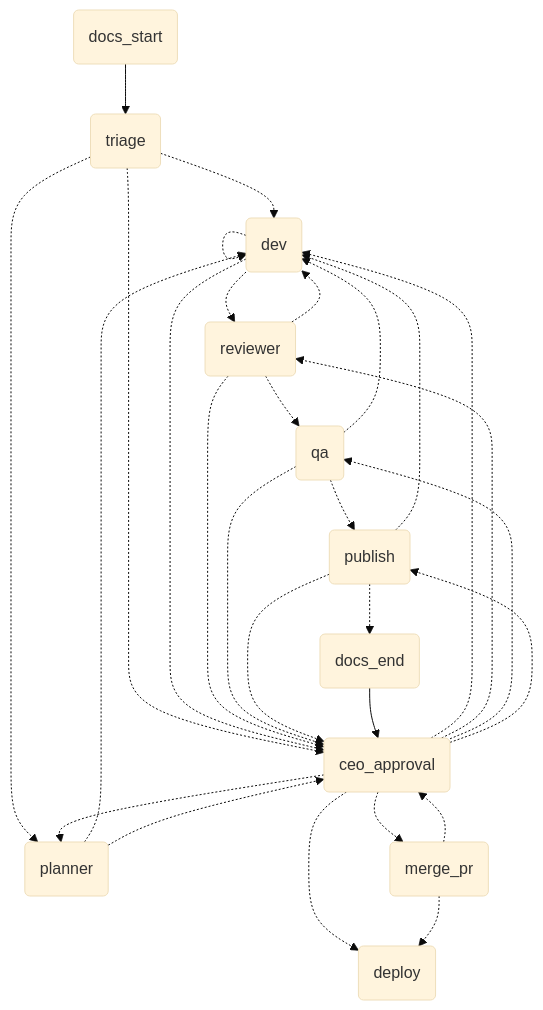
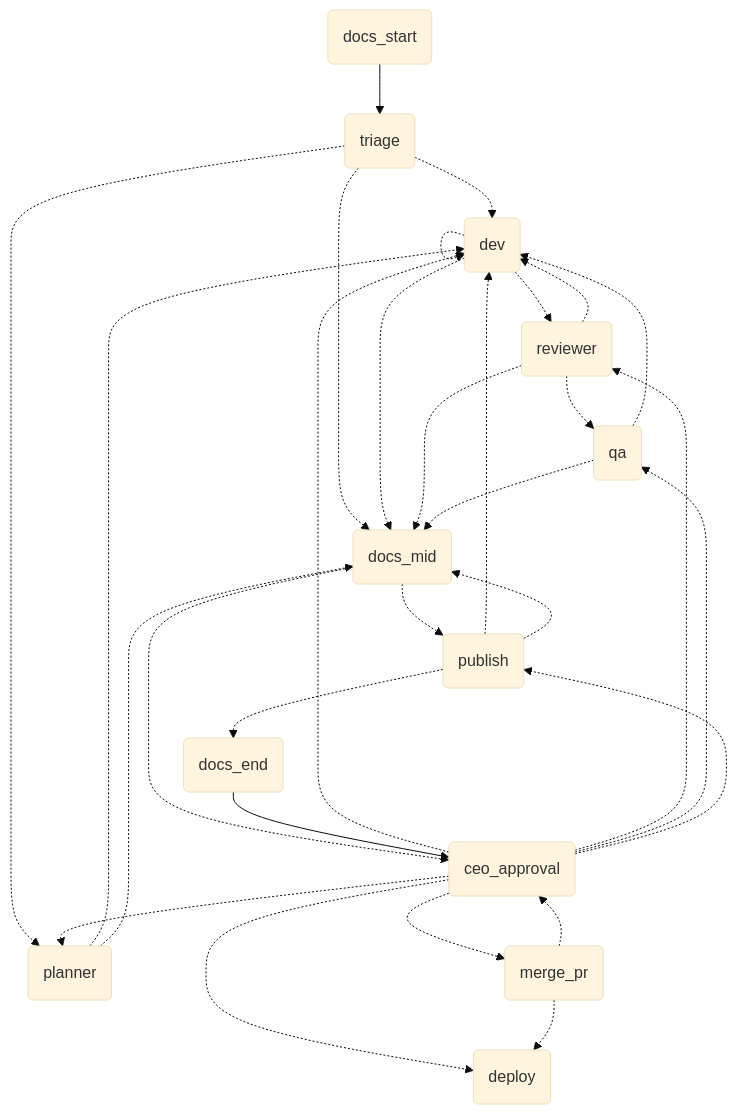
Before and after one commit to venturelli-91/agent-softhouse-orchestrator: the diagram in orchestrator/README.md, drawn with Mermaid (base theme). The commit also changed other lines of this file and 5 other files, not shown here.

````diff
--- a/orchestrator/README.md
+++ b/orchestrator/README.md
@@ -5,42 +5,44 @@
 ```mermaid
 graph TD;
   docs_start(docs_start)
+  docs_mid(docs_mid)
   docs_end(docs_end)
   triage(triage)
   planner(planner)
   dev(dev)
   reviewer(reviewer)
   qa(qa)
   publish(publish)
   ceo_approval(ceo_approval)
   merge_pr(merge_pr)
   deploy(deploy)
   docs_start --> triage;
   triage -.-> dev;
   triage -.-> planner;
-  triage -.-> ceo_approval;
+  triage -.-> docs_mid;
   planner -.-> dev;
-  planner -.-> ceo_approval;
+  planner -.-> docs_mid;
   dev -.-> reviewer;
-  dev -.-> ceo_approval;
+  dev -.-> docs_mid;
   reviewer -.-> qa;
   reviewer -.-> dev;
-  reviewer -.-> ceo_approval;
-  qa -.-> publish;
+  reviewer -.-> docs_mid;
+  qa -.-> docs_mid;
   qa -.-> dev;
-  qa -.-> ceo_approval;
   publish -.-> docs_end;
   publish -.-> dev;
-  publish -.-> ceo_approval;
+  publish -.-> docs_mid;
+  docs_mid -.-> publish;
+  docs_mid -.-> ceo_approval;
   docs_end --> ceo_approval;
   ceo_approval -.-> dev;
   ceo_approval -.-> planner;
   ceo_approval -.-> reviewer;
   ceo_approval -.-> qa;
   ceo_approval -.-> publish;
   ceo_approval -.-> deploy;
   ceo_approval -.-> merge_pr;
   merge_pr -.-> deploy;
   merge_pr -.-> ceo_approval;
   dev -.-> dev;
 ```
````
